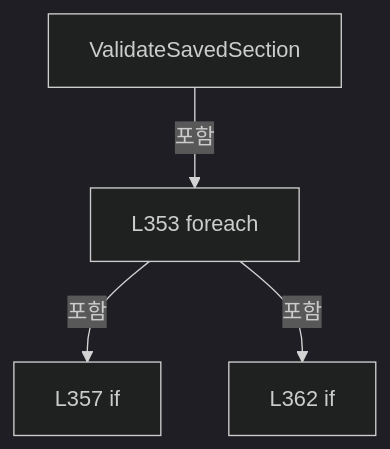
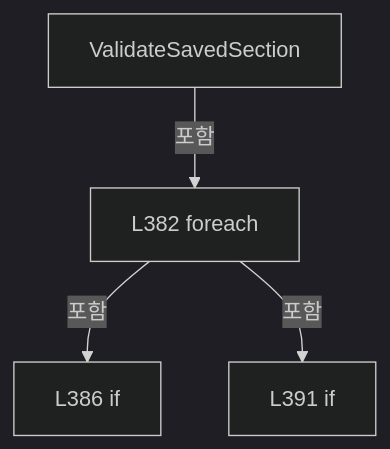
One commit to kjuws10-rgb/Shared changed the eighth of 17 diagrams in A3 LD Code Ref/files/Drilling.File/JHMI/CSettingFile.cs.md. Above: the diagram before and after it, drawn with Mermaid (dark theme). The commit also changed other lines of this file and 1984 other files, not shown here.

Commit message:
docs(a3): update 11.17.0 architecture and complete code reference

````diff
--- a/A3 LD Code Ref/files/Drilling.File/JHMI/CSettingFile.cs.md
+++ b/A3 LD Code Ref/files/Drilling.File/JHMI/CSettingFile.cs.md
@@ -1629,10 +1690,10 @@
 ```mermaid
 flowchart TD
  M["ValidateSavedSection"]
- N0["L353 foreach"]
+ N0["L382 foreach"]
  M -->|포함| N0
- N1["L357 if"]
+ N1["L386 if"]
  N0 -->|포함| N1
- N2["L362 if"]
+ N2["L391 if"]
  N0 -->|포함| N2
 ```
````
